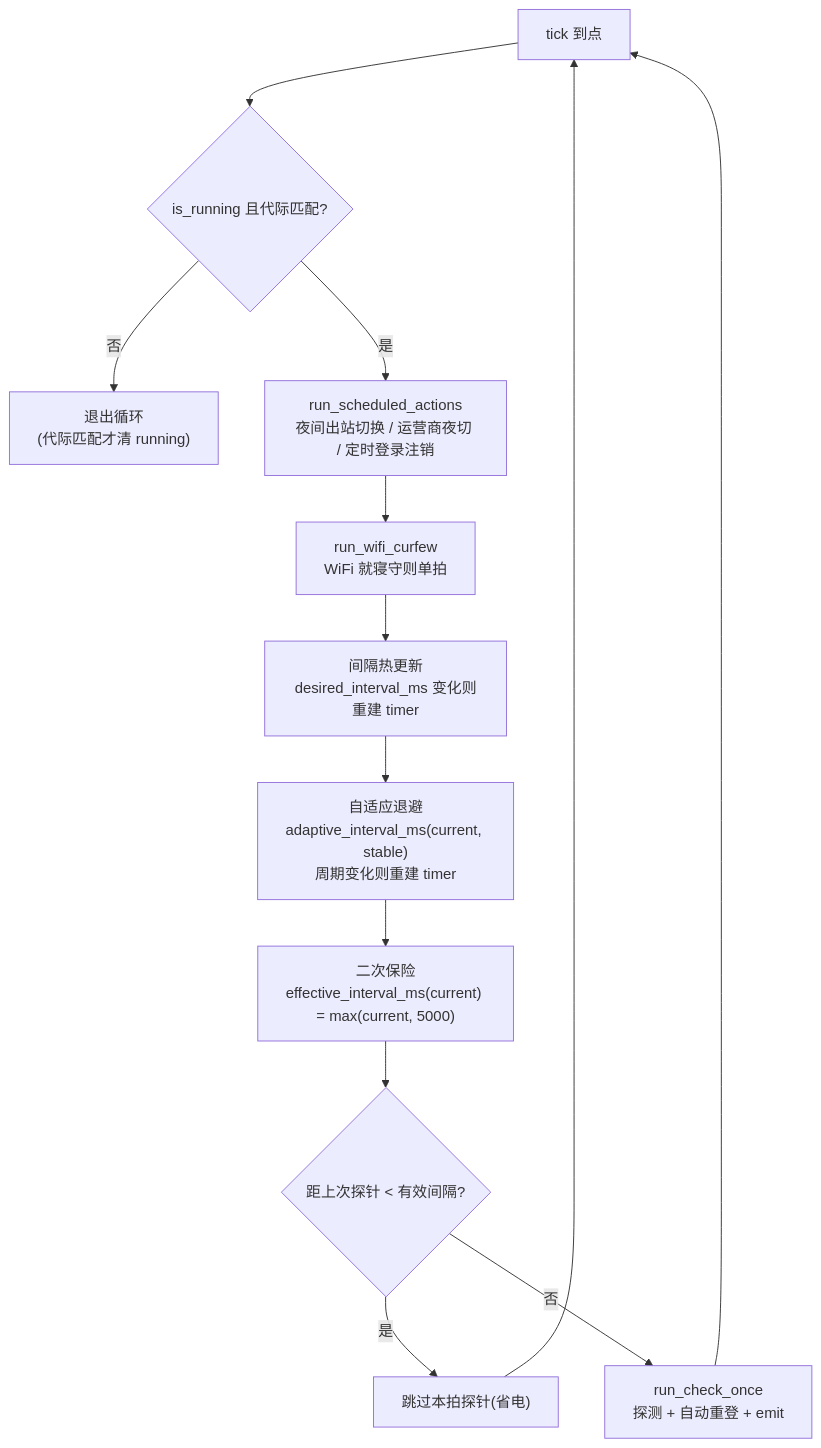
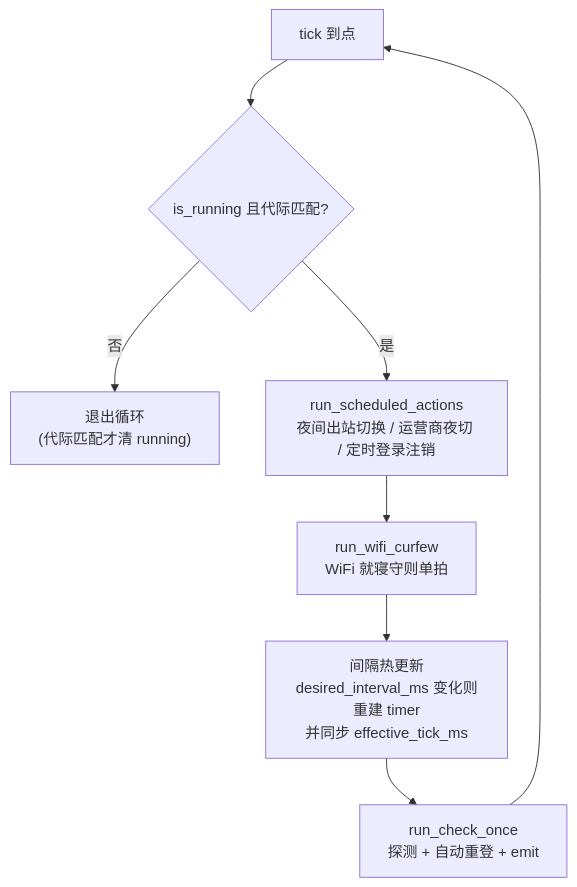
Before and after one commit to ikliml666/Wxxy-CampusLogin: the third of 8 diagrams in .codewiki/modules/android-backend-tauri-monitoring.md, drawn with Mermaid. The commit also changed other lines of this file and 12 other files, not shown here.

````diff
--- a/.codewiki/modules/android-backend-tauri-monitoring.md
+++ b/.codewiki/modules/android-backend-tauri-monitoring.md
@@ -115,15 +115,10 @@
 ```mermaid
 flowchart TD
     T["tick 到点"] --> G{"is_running 且代际匹配?"}
     G -->|否| EXIT["退出循环<br/>(代际匹配才清 running)"]
     G -->|是| S1["run_scheduled_actions<br/>夜间出站切换 / 运营商夜切 / 定时登录注销"]
     S1 --> S2["run_wifi_curfew<br/>WiFi 就寝守则单拍"]
-    S2 --> S3["间隔热更新<br/>desired_interval_ms 变化则重建 timer"]
-    S3 --> S3B["自适应退避<br/>adaptive_interval_ms(current, stable)<br/>周期变化则重建 timer"]
-    S3B --> S4["二次保险<br/>effective_interval_ms(current) = max(current, 5000)"]
-    S4 --> S5{"距上次探针 < 有效间隔?"}
-    S5 -->|是| SKIP["跳过本拍探针(省电)"]
-    S5 -->|否| S6["run_check_once<br/>探测 + 自动重登 + emit"]
-    SKIP --> T
+    S2 --> S3["间隔热更新<br/>desired_interval_ms 变化则重建 timer<br/>并同步 effective_tick_ms"]
+    S3 --> S6["run_check_once<br/>探测 + 自动重登 + emit"]
     S6 --> T
 ```
````
